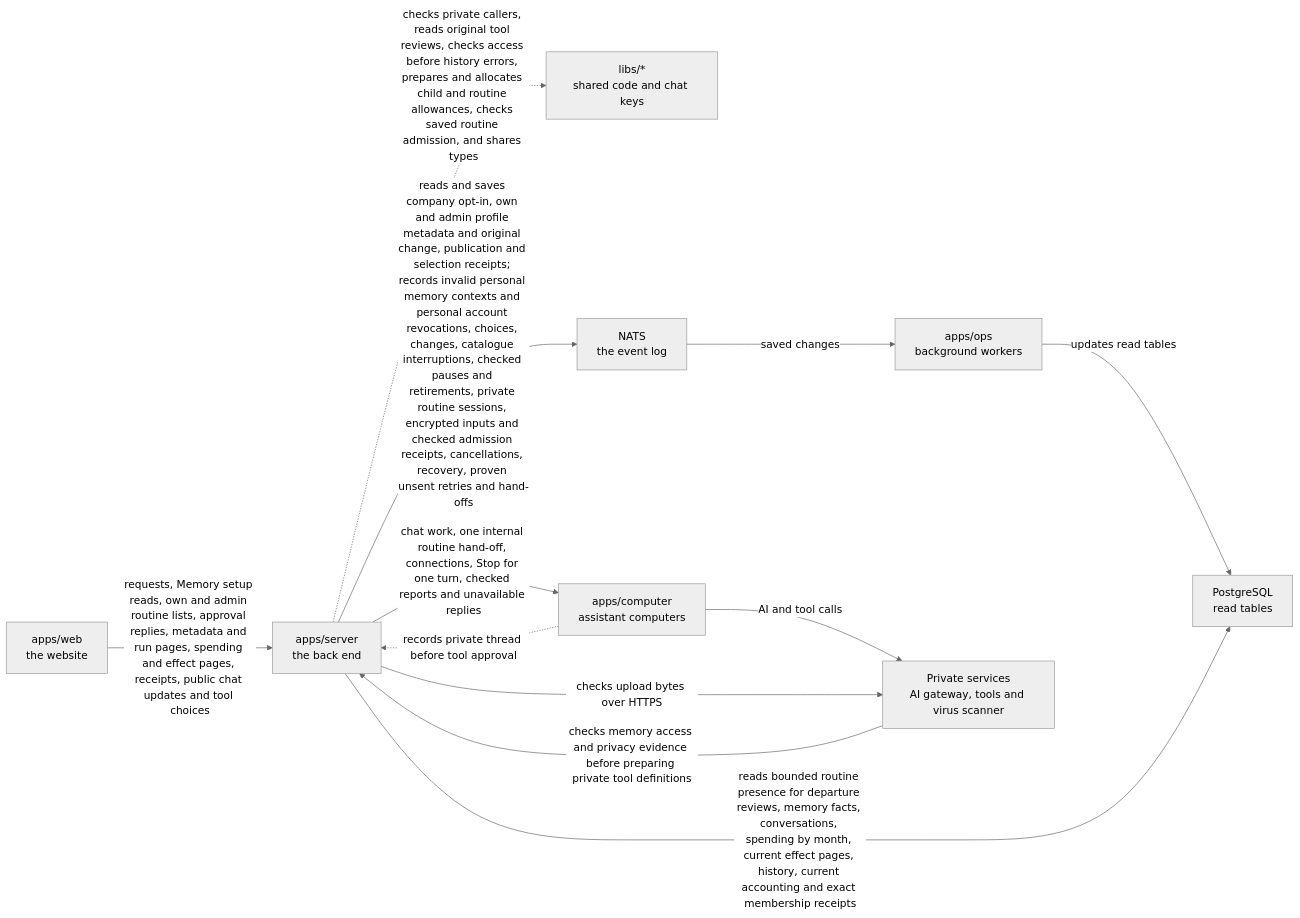
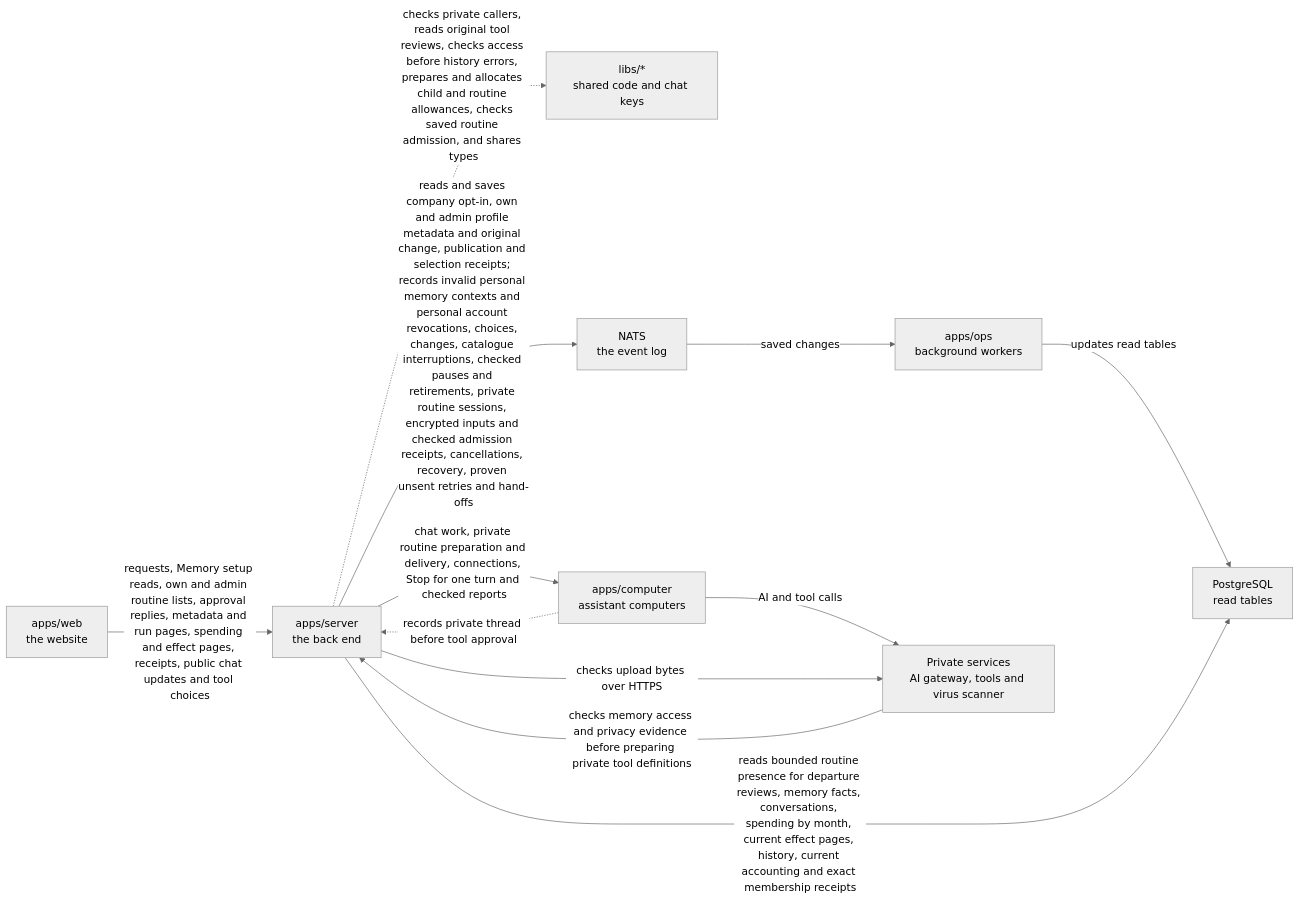
Before and after one commit to elewa-git/opencrane-new: the diagram in apps/server/README.md, drawn with Mermaid (neutral theme). The commit also changed other lines of this file and 16 other files, not shown here.

Commit message:
🔒 Bind routine delivery to its native private thread

````diff
--- a/apps/server/README.md
+++ b/apps/server/README.md
@@ -108,14 +108,14 @@
 ```mermaid
 flowchart LR
   web["apps/web<br/>the website"] -->|requests, Memory setup reads, own and admin routine lists, approval replies, metadata and run pages, spending and effect pages, receipts, public chat updates and tool choices| server["apps/server<br/>the back end"]
   server -.->|checks private callers, reads original tool reviews, checks access before history errors, prepares and allocates child and routine allowances, checks saved routine admission, and shares types| libs["libs/*<br/>shared code and chat keys"]
   server -->|reads and saves company opt-in, own and admin profile metadata and original change, publication and selection receipts; records invalid personal memory contexts and personal account revocations, choices, changes, catalogue interruptions, checked pauses and retirements, private routine sessions, encrypted inputs and checked admission receipts, cancellations, recovery, proven unsent retries and hand-offs| nats["NATS<br/>the event log"]
   nats -->|saved changes| ops["apps/ops<br/>background workers"]
   ops -->|updates read tables| postgres["PostgreSQL<br/>read tables"]
   server -->|reads bounded routine presence for departure reviews, memory facts, conversations, spending by month, current effect pages, history, current accounting and exact membership receipts| postgres
-  server -->|chat work, one internal routine hand-off, connections, Stop for one turn, checked reports and unavailable replies| computer["apps/computer<br/>assistant computers"]
+  server -->|chat work, private routine preparation and delivery, connections, Stop for one turn and checked reports| computer["apps/computer<br/>assistant computers"]
   computer -.->|records private thread before tool approval| server
   computer -->|AI and tool calls| runtime["Private services<br/>AI gateway, tools and virus scanner"]
   server -->|checks upload bytes over HTTPS| runtime
   runtime -->|checks memory access and privacy evidence before preparing private tool definitions| server
 ```
````
